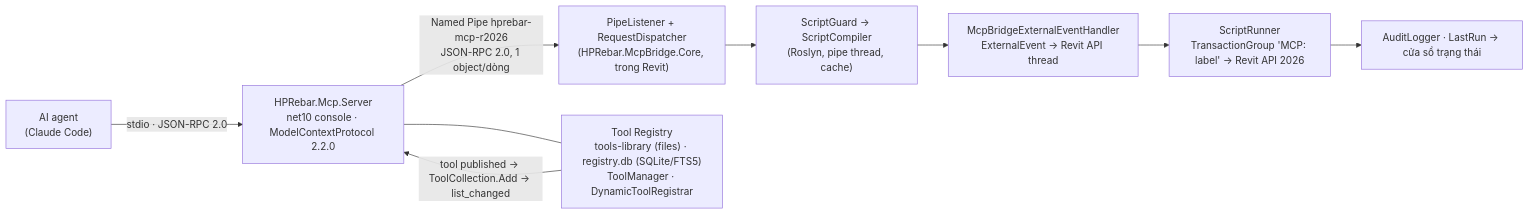
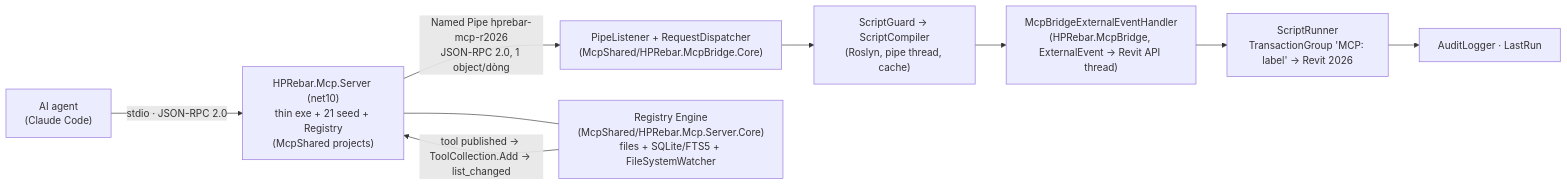
Before and after one commit to Lightingsang/AddinRebar: the diagram in docs/system-architecture.md, drawn with Mermaid. The commit also changed other lines of this file and 10 other files, not shown here.

First line of the commit message:
docs: record phase 0 of the AutoCAD MCP bridge plan

````diff
--- a/docs/system-architecture.md
+++ b/docs/system-architecture.md
@@ -359,11 +359,11 @@
 ```mermaid
 flowchart LR
-    AI["AI agent<br/>(Claude Code)"] -- "stdio · JSON-RPC 2.0" --> S["HPRebar.Mcp.Server<br/>net10 console · ModelContextProtocol 2.2.0"]
-    S -- "Named Pipe hprebar-mcp-r2026<br/>JSON-RPC 2.0, 1 object/dòng" --> L["PipeListener + RequestDispatcher<br/>(HPRebar.McpBridge.Core, trong Revit)"]
+    AI["AI agent<br/>(Claude Code)"] -- "stdio · JSON-RPC 2.0" --> S["HPRebar.Mcp.Server (net10)<br/>thin exe + 21 seed + Registry<br/>(McpShared projects)"]
+    S -- "Named Pipe hprebar-mcp-r2026<br/>JSON-RPC 2.0, 1 object/dòng" --> L["PipeListener + RequestDispatcher<br/>(McpShared/HPRebar.McpBridge.Core)"]
     L --> G["ScriptGuard → ScriptCompiler<br/>(Roslyn, pipe thread, cache)"]
-    G --> H["McpBridgeExternalEventHandler<br/>ExternalEvent → Revit API thread"]
-    H --> R["ScriptRunner<br/>TransactionGroup 'MCP: label' → Revit API 2026"]
-    R --> A["AuditLogger · LastRun → cửa sổ trạng thái"]
-    S --- REG["Tool Registry<br/>tools-library (files) · registry.db (SQLite/FTS5)<br/>ToolManager · DynamicToolRegistrar"]
+    G --> H["McpBridgeExternalEventHandler<br/>(HPRebar.McpBridge, ExternalEvent → Revit API thread)"]
+    H --> R["ScriptRunner<br/>TransactionGroup 'MCP: label' → Revit 2026"]
+    R --> A["AuditLogger · LastRun"]
+    S --- REG["Registry Engine<br/>(McpShared/HPRebar.Mcp.Server.Core)<br/>files + SQLite/FTS5 + FileSystemWatcher"]
     REG -- "tool published → ToolCollection.Add → list_changed" --> S
 ```
````
